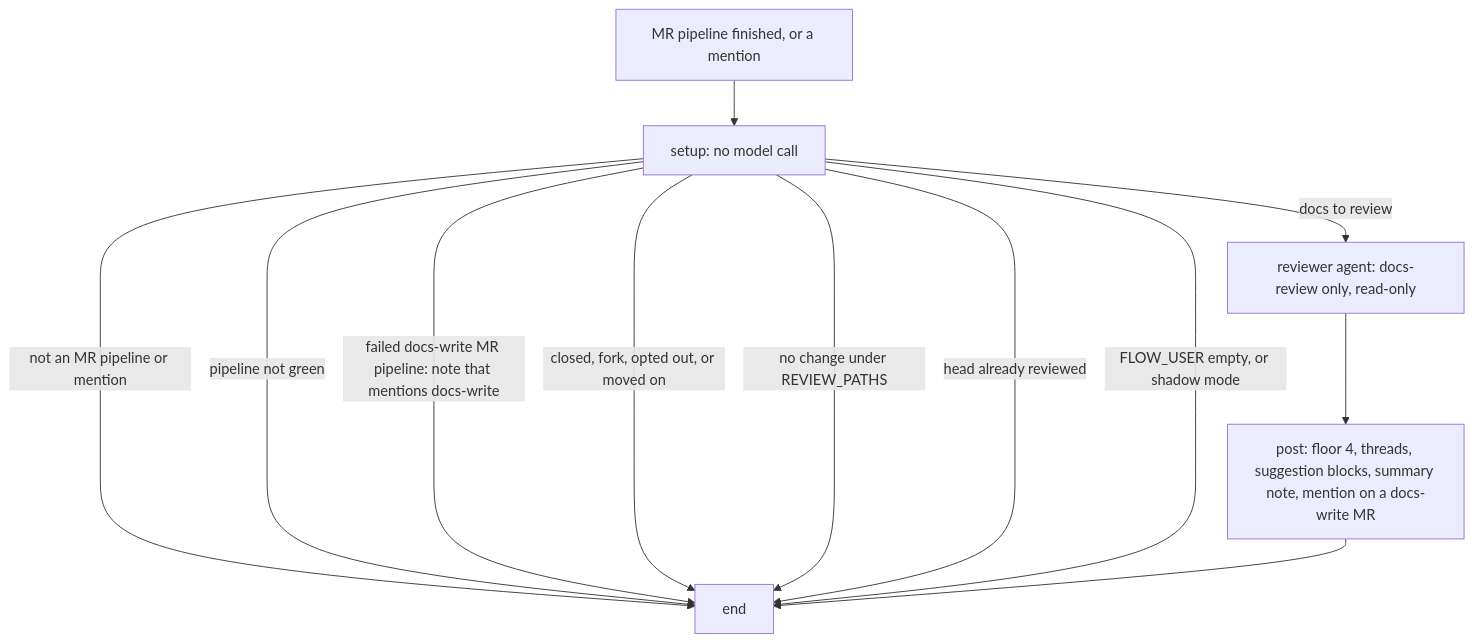
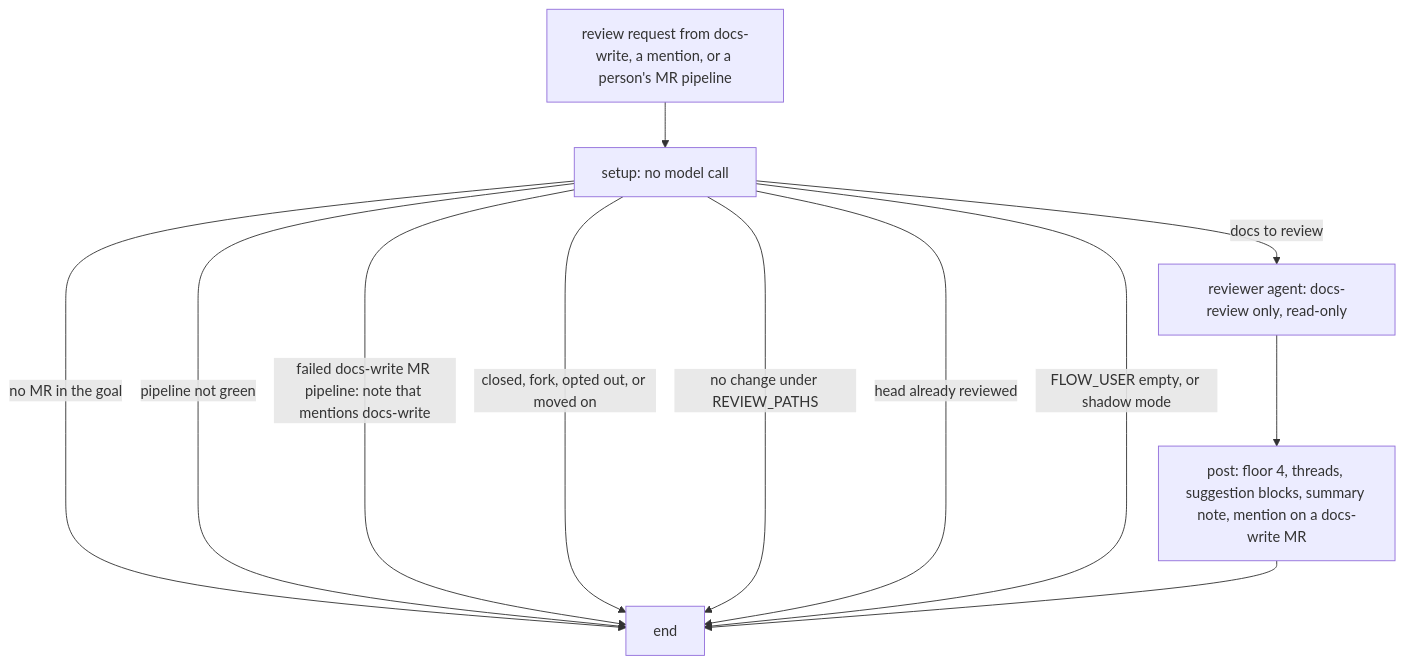
Before and after one commit to gitlabhq/orbit-knowledge-graph: the second of 3 diagrams in .gitlab/duo/catalog/flows/README.md, drawn with Mermaid. The commit also changed other lines of this file, not shown here.

First line of the commit message:
docs(duo): describe docs-review's start by review request across the flows README

````diff
--- a/.gitlab/duo/catalog/flows/README.md
+++ b/.gitlab/duo/catalog/flows/README.md
@@ -142,14 +149,14 @@
 ```mermaid
 flowchart TD
-  T[MR pipeline finished, or a mention] --> S[setup: no model call]
-  S -->|not an MR pipeline or mention| E[end]
+  T[review request from docs-write, a mention, or a person's MR pipeline] --> S[setup: no model call]
+  S -->|no MR in the goal| E[end]
   S -->|pipeline not green| E
   S -->|failed docs-write MR pipeline: note that mentions docs-write| E
   S -->|closed, fork, opted out, or moved on| E
   S -->|no change under REVIEW_PATHS| E
   S -->|head already reviewed| E
   S -->|FLOW_USER empty, or shadow mode| E
   S -->|docs to review| R[reviewer agent: docs-review only, read-only]
   R --> P[post: floor 4, threads, suggestion blocks, summary note, mention on a docs-write MR]
   P --> E
 ```
````
